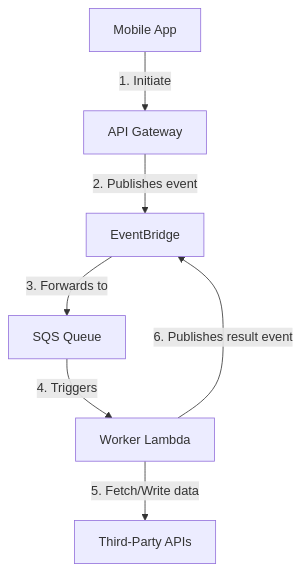
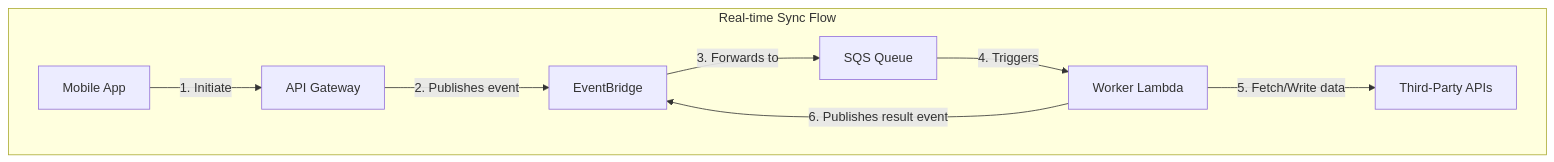
One commit to dino10bit/healthsync changed the fourth of 6 diagrams in 06-technical-architecture.md. Above: the diagram before and after it, drawn with Mermaid. The commit also changed other lines of this file and 3 other files, not shown here.

First line of the commit message:
refactor: Resolve findings from technical architecture review

````diff
--- a/06-technical-architecture.md
+++ b/06-technical-architecture.md
@@ -278,9 +307,11 @@
 ```mermaid
 graph TD
-    A[Mobile App] -- 1. Initiate --> B[API Gateway]
-    B -- 2. Publishes event --> C[EventBridge]
-    C -- 3. Forwards to --> SQS[SQS Queue]
-    SQS -- 4. Triggers --> D[Worker Lambda]
-    D -- 5. Fetch/Write data --> E[Third-Party APIs]
-    D -- 6. Publishes result event --> C
+    subgraph "Real-time Sync Flow"
+        A[Mobile App] -- 1. Initiate --> B[API Gateway]
+        B -- 2. Publishes event --> C[EventBridge]
+        C -- 3. Forwards to --> SQS[SQS Queue]
+        SQS -- 4. Triggers --> D[Worker Lambda]
+        D -- 5. Fetch/Write data --> E[Third-Party APIs]
+        D -- 6. Publishes result event --> C
+    end
 ```
````
